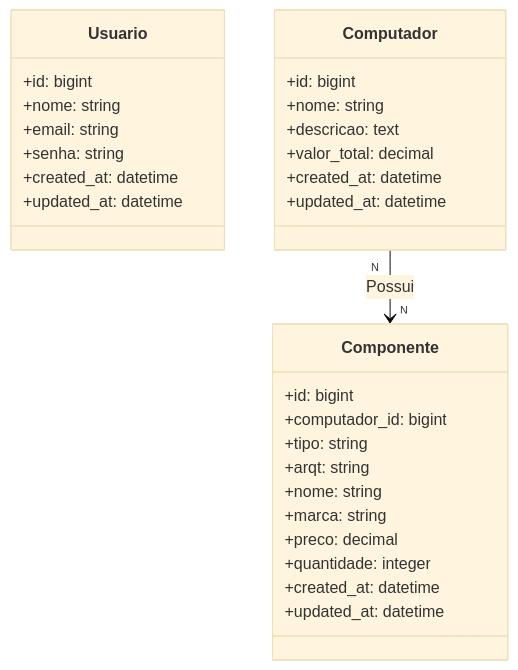
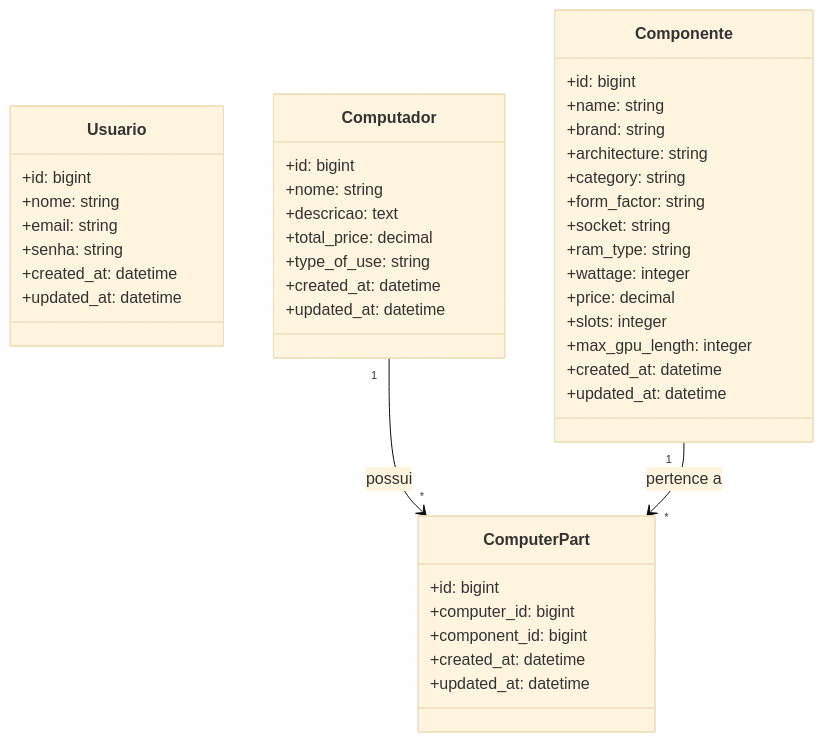
The diagram in README.md (joaovictorprudencio/monte_seu_pc-), drawn with Mermaid (base theme) before and after one commit. The commit also changed other lines of this file, not shown here.

Commit message:
atualizando models

````diff
--- a/README.md
+++ b/README.md
@@ -2,38 +15,49 @@
 ```mermaid
 classDiagram
     class Usuario {
         +id: bigint
         +nome: string
         +email: string
         +senha: string
         +created_at: datetime
         +updated_at: datetime
     }
 
     class Computador {
         +id: bigint
         +nome: string
         +descricao: text
-        +valor_total: decimal
+        +total_price: decimal
+        +type_of_use: string
         +created_at: datetime
         +updated_at: datetime
     }
 
     class Componente {
         +id: bigint
-        +computador_id: bigint
-        +tipo: string
-        +arqt: string
-        +nome: string
-        +marca: string
-        +preco: decimal
-        +quantidade: integer
+        +name: string
+        +brand: string
+        +architecture: string
+        +category: string
+        +form_factor: string
+        +socket: string
+        +ram_type: string
+        +wattage: integer
+        +price: decimal
+        +slots: integer
+        +max_gpu_length: integer
         +created_at: datetime
         +updated_at: datetime
     }
 
+    class ComputerPart {
+        +id: bigint
+        +computer_id: bigint
+        +component_id: bigint
+        +created_at: datetime
+        +updated_at: datetime
+    }
 
-   
-    Computador "N" --> "N" Componente : Possui  
-
+    Computador "1" --> "*" ComputerPart : possui
+    Componente "1" --> "*" ComputerPart : pertence a
 ```
````
